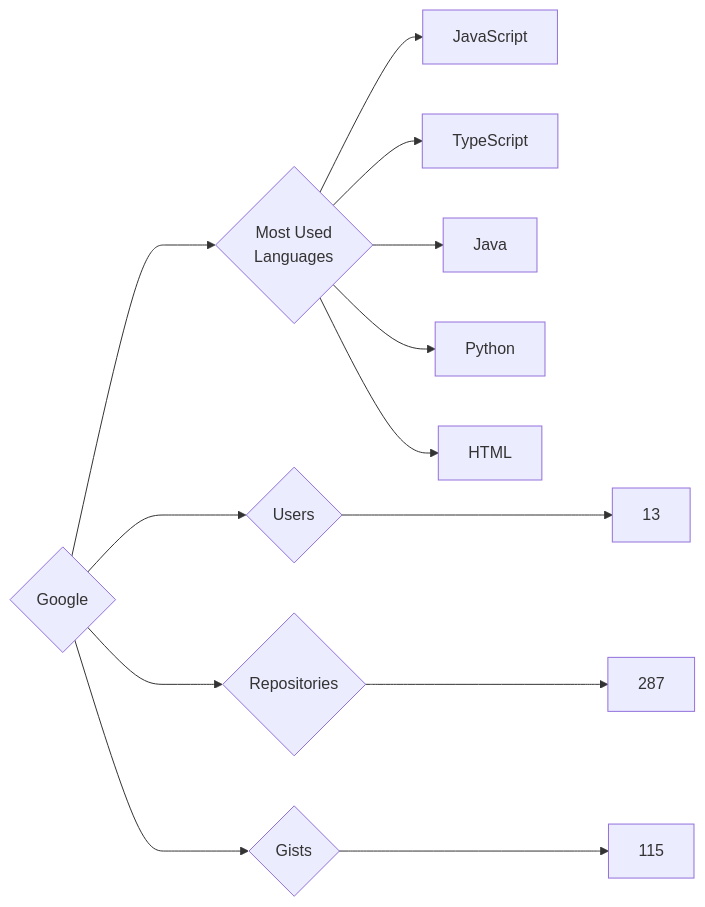
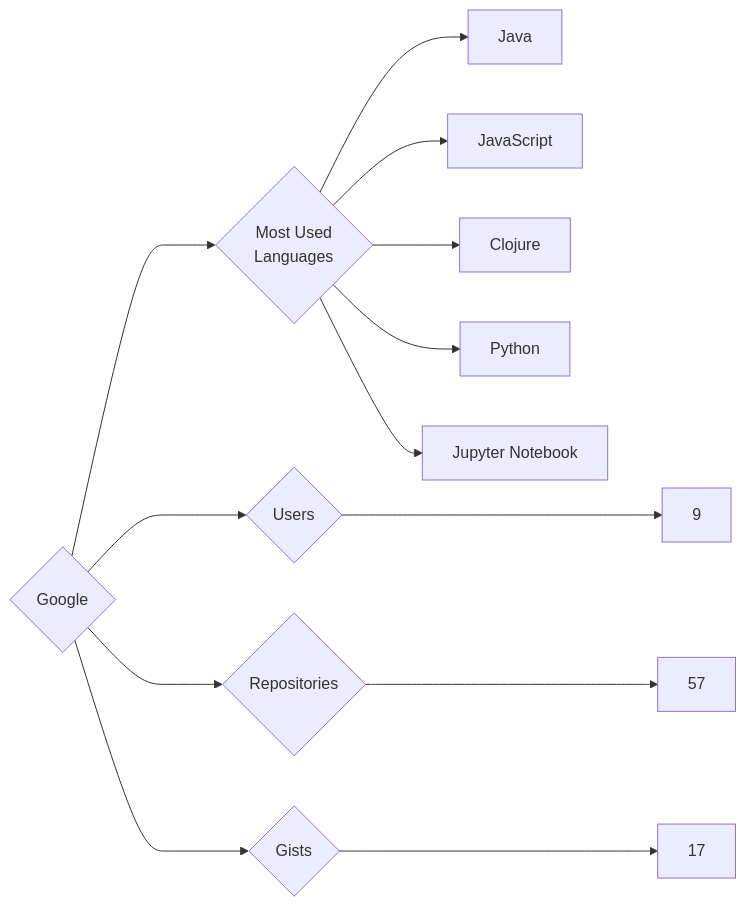
Before and after one commit to trickest/insiders: the diagram in targets/Google/README.md, drawn with Mermaid. The commit also changed 1007 other files, not shown here.

````diff
--- a/targets/Google/README.md
+++ b/targets/Google/README.md
@@ -3,13 +3,13 @@
 ```mermaid
 graph LR
 COMPANY_NAME{Google}
-COMPANY_NAME ---> U{Users} ---> UN[13]
-COMPANY_NAME ---> R{Repositories} ---> RN[287]
-COMPANY_NAME ---> G{Gists} ---> GN[115]
+COMPANY_NAME ---> U{Users} ---> UN[9]
+COMPANY_NAME ---> R{Repositories} ---> RN[57]
+COMPANY_NAME ---> G{Gists} ---> GN[17]
 COMPANY_NAME ---> ML{Most Used<br>Languages}
+ML --> Java[Java]
 ML --> JavaScript[JavaScript]
-ML --> TypeScript[TypeScript]
-ML --> Java[Java]
+ML --> Clojure[Clojure]
 ML --> Python[Python]
-ML --> HTML[HTML]
+ML --> Jupyter_Notebook[Jupyter Notebook]
 ```
````
